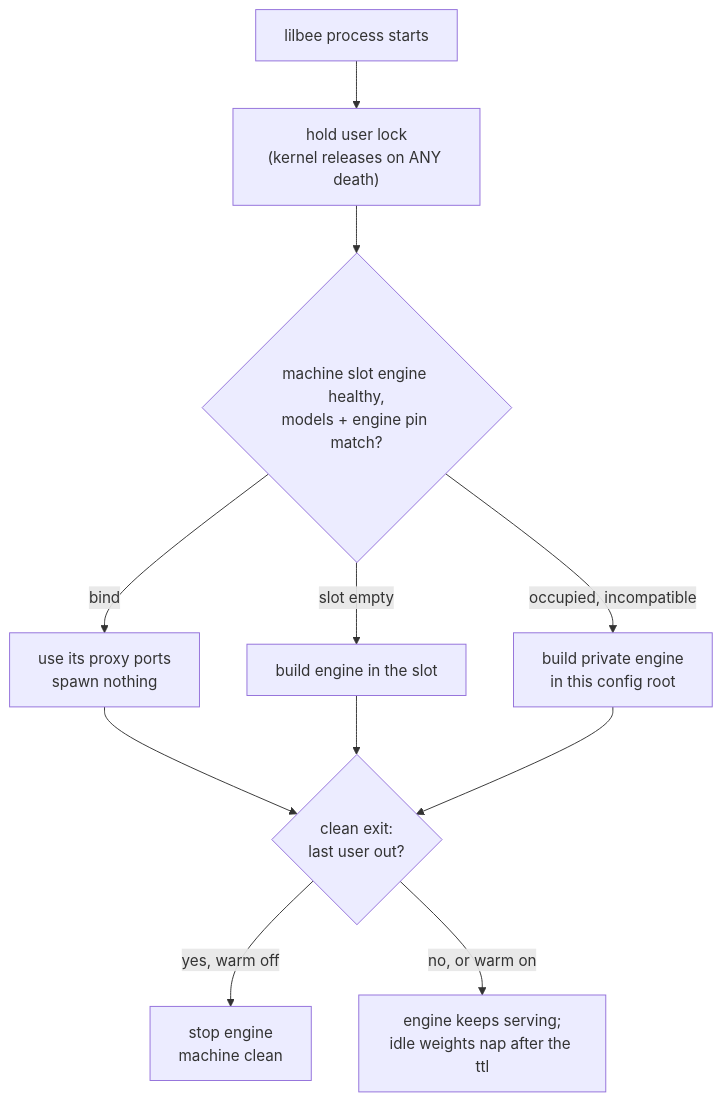
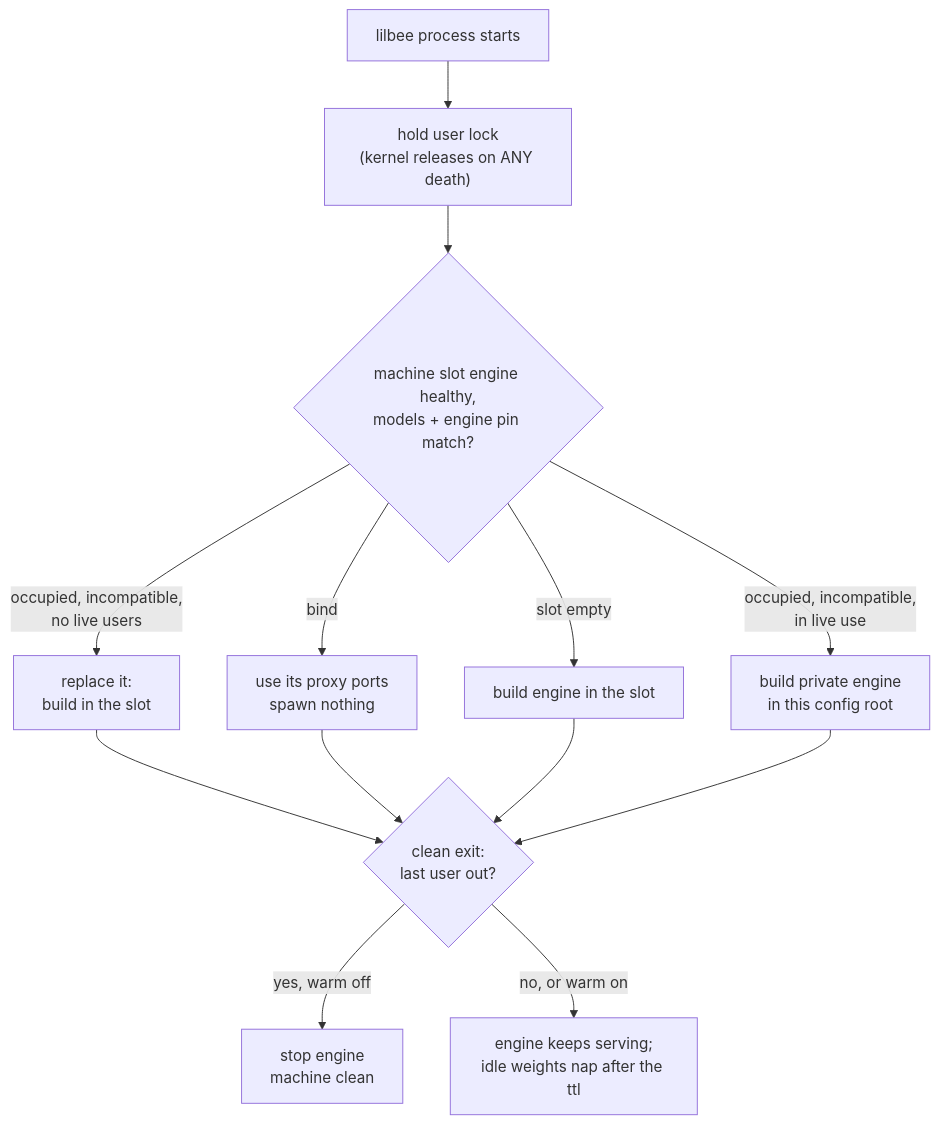
Before and after one commit to tobocop2/lilbee: the eighth of 11 diagrams in docs/architecture.md, drawn with Mermaid. The commit also changed other lines of this file and 3 other files, not shown here.

````diff
--- a/docs/architecture.md
+++ b/docs/architecture.md
@@ -646,13 +649,15 @@
 ```mermaid
 flowchart TD
     S["lilbee process starts"] --> L["hold user lock<br/>(kernel releases on ANY death)"]
     L --> Q{"machine slot engine healthy,<br/>models + engine pin match?"}
     Q -- bind --> B["use its proxy ports<br/>spawn nothing"]
     Q -- "slot empty" --> BU["build engine in the slot"]
-    Q -- "occupied, incompatible" --> PR["build private engine<br/>in this config root"]
+    Q -- "occupied, incompatible,<br/>in live use" --> PR["build private engine<br/>in this config root"]
+    Q -- "occupied, incompatible,<br/>no live users" --> RP["replace it:<br/>build in the slot"]
+    RP --> X
     B --> X{"clean exit:<br/>last user out?"}
     BU --> X
     PR --> X
     X -- "yes, warm off" --> STOP["stop engine<br/>machine clean"]
     X -- "no, or warm on" --> LEAVE["engine keeps serving;<br/>idle weights nap after the ttl"]
 ```
````
